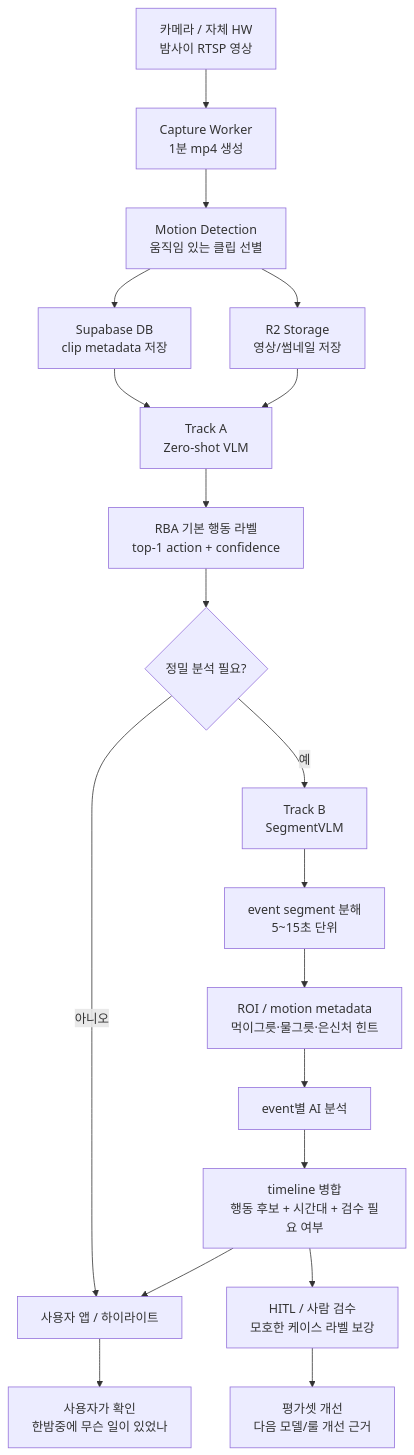
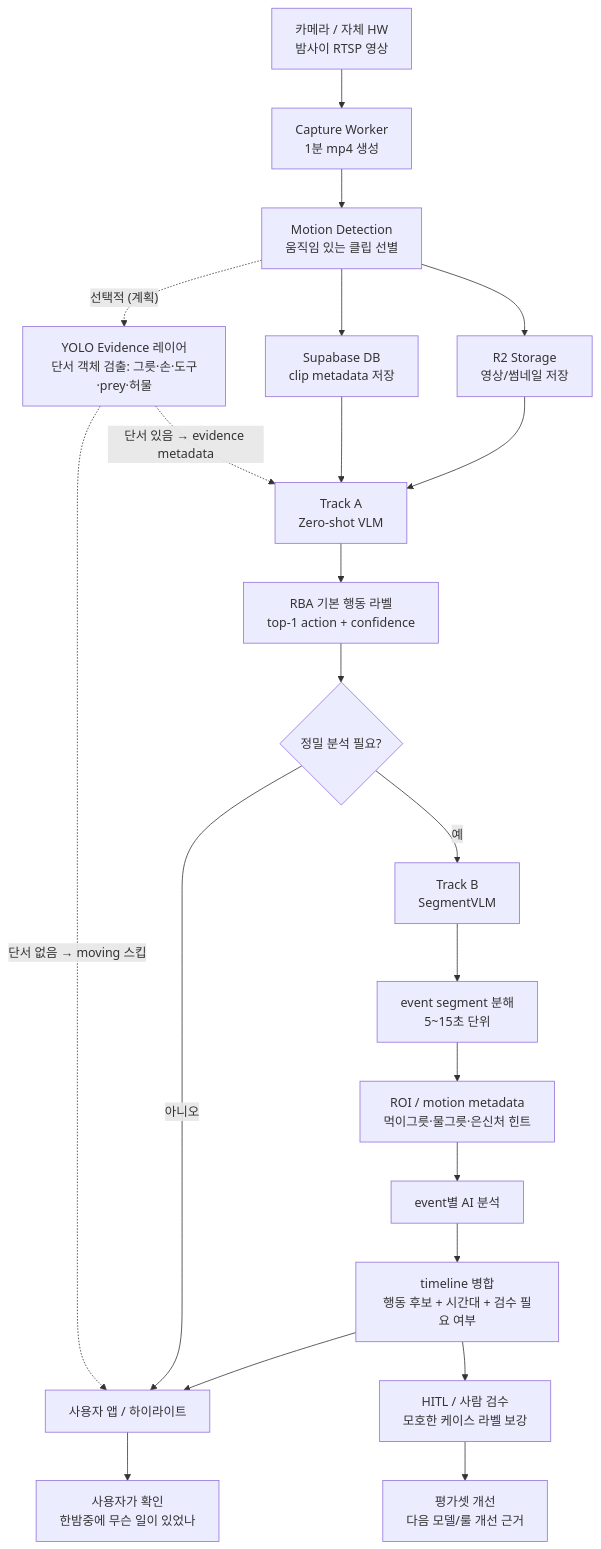
The diagram in docs/AI-VIDEO-ANALYSIS-STRATEGY.md (S-Soo100/petcam-lab), drawn with Mermaid before and after one commit. The commit also changed other lines of this file and 4 other files, not shown here.

````diff
--- a/docs/AI-VIDEO-ANALYSIS-STRATEGY.md
+++ b/docs/AI-VIDEO-ANALYSIS-STRATEGY.md
@@ -48,25 +48,29 @@
 ```mermaid
 flowchart TD
     A["카메라 / 자체 HW<br/>밤사이 RTSP 영상"] --> B["Capture Worker<br/>1분 mp4 생성"]
     B --> C["Motion Detection<br/>움직임 있는 클립 선별"]
     C --> D["R2 Storage<br/>영상/썸네일 저장"]
     C --> E["Supabase DB<br/>clip metadata 저장"]
+
+    C -.->|"선택적 (계획)"| Y["YOLO Evidence 레이어<br/>단서 객체 검출: 그릇·손·도구·prey·허물"]
+    Y -.->|"단서 없음 → moving 스킵"| I
+    Y -.->|"단서 있음 → evidence metadata"| F
 
     E --> F["Track A<br/>Zero-shot VLM"]
     D --> F
     F --> G["RBA 기본 행동 라벨<br/>top-1 action + confidence"]
 
     G --> H{"정밀 분석 필요?"}
     H -->|"아니오"| I["사용자 앱 / 하이라이트"]
     H -->|"예"| J["Track B<br/>SegmentVLM"]
 
     J --> K["event segment 분해<br/>5~15초 단위"]
     K --> L["ROI / motion metadata<br/>먹이그릇·물그릇·은신처 힌트"]
     L --> M["event별 AI 분석"]
     M --> N["timeline 병합<br/>행동 후보 + 시간대 + 검수 필요 여부"]
 
     N --> I
     I --> O["사용자가 확인<br/>한밤중에 무슨 일이 있었나"]
     N --> P["HITL / 사람 검수<br/>모호한 케이스 라벨 보강"]
     P --> Q["평가셋 개선<br/>다음 모델/룰 개선 근거"]
 ```
````
